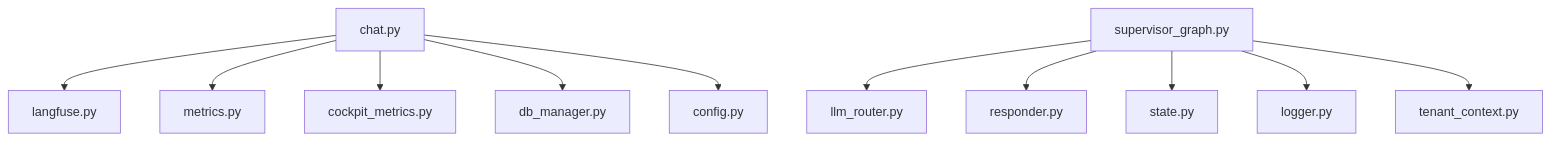
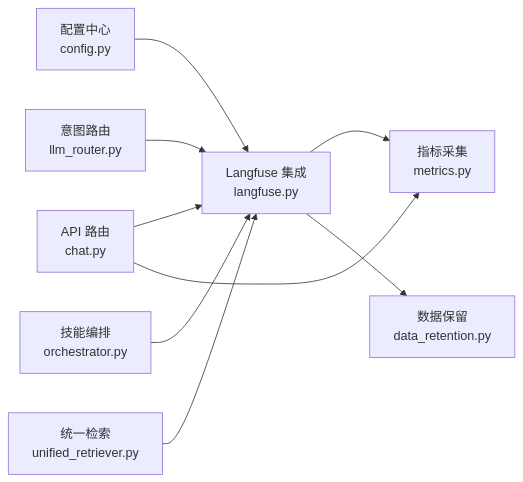
The fifth of 5 diagrams in .qoder/repowiki/zh/content/可观测性系统/分布式追踪.md (zmdhdu/NexusCockpit), drawn with Mermaid before and after one commit. The commit also changed other lines of this file and 535 other files, not shown here.

````diff
--- a/.qoder/repowiki/zh/content/可观测性系统/分布式追踪.md
+++ b/.qoder/repowiki/zh/content/可观测性系统/分布式追踪.md
@@ -320,13 +256,11 @@
 ```mermaid
-graph TB
-API["chat.py"] --> LF["langfuse.py"]
-API --> MET["metrics.py"]
-API --> CMET["cockpit_metrics.py"]
-API --> DBM["db_manager.py"]
-API --> CFG["config.py"]
-AG["supervisor_graph.py"] --> INT["llm_router.py"]
-AG --> RESP["responder.py"]
-AG --> ST["state.py"]
-AG --> LOG["logger.py"]
-AG --> TEN["tenant_context.py"]
+graph LR
+Config["配置中心<br/>config.py"] --> LF["Langfuse 集成<br/>langfuse.py"]
+LF --> Metrics["指标采集<br/>metrics.py"]
+LF --> Retention["数据保留<br/>data_retention.py"]
+API["API 路由<br/>chat.py"] --> LF
+API --> Metrics
+Intent["意图路由<br/>llm_router.py"] --> LF
+Skills["技能编排<br/>orchestrator.py"] --> LF
+RAG["统一检索<br/>unified_retriever.py"] --> LF
 ```
````
